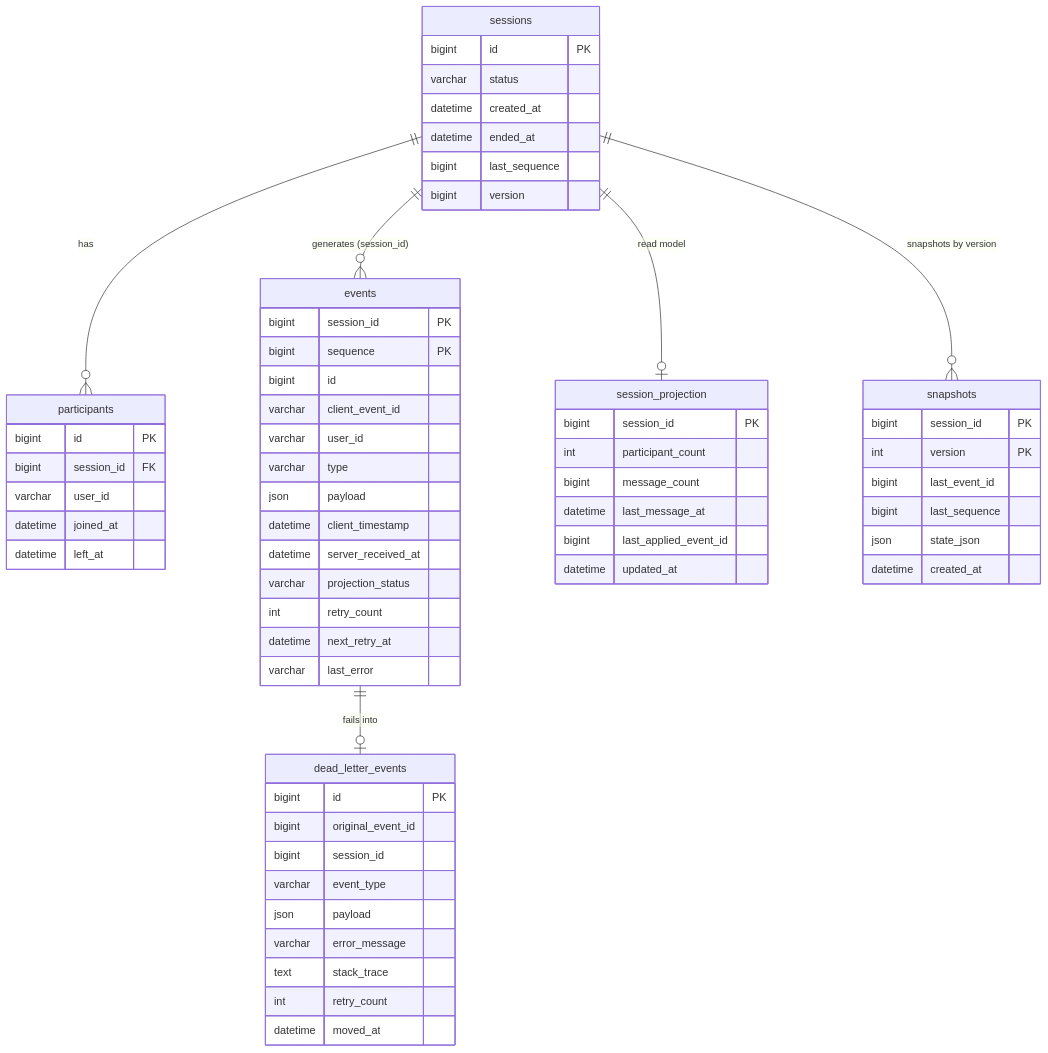
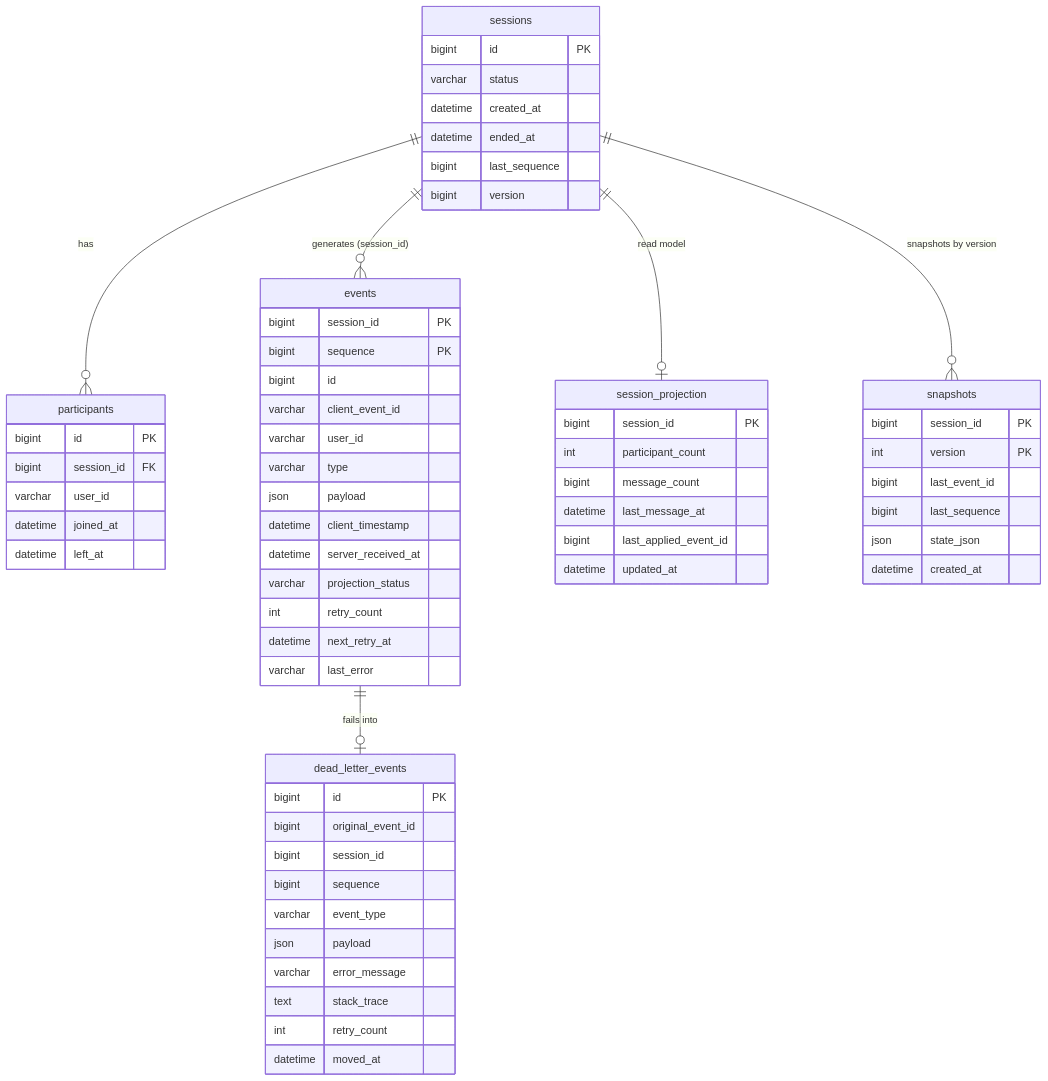
One commit to yhyuk/chat-eventstore changed the diagram in docs/03-db-schema.md. Above: the diagram before and after it, drawn with Mermaid. The commit also changed other lines of this file and 10 other files, not shown here.

````diff
--- a/docs/03-db-schema.md
+++ b/docs/03-db-schema.md
@@ -33,66 +33,67 @@
 ```mermaid
 erDiagram
     sessions ||--o{ participants : has
     sessions ||--o{ events : "generates (session_id)"
     sessions ||--o| session_projection : "read model"
     sessions ||--o{ snapshots : "snapshots by version"
     events ||--o| dead_letter_events : "fails into"
 
     sessions {
         bigint id PK
         varchar status
         datetime created_at
         datetime ended_at
         bigint last_sequence
         bigint version
     }
     participants {
         bigint id PK
         bigint session_id FK
         varchar user_id
         datetime joined_at
         datetime left_at
     }
     events {
         bigint session_id PK
         bigint sequence PK
         bigint id
         varchar client_event_id
         varchar user_id
         varchar type
         json payload
         datetime client_timestamp
         datetime server_received_at
         varchar projection_status
         int retry_count
         datetime next_retry_at
         varchar last_error
     }
     snapshots {
         bigint session_id PK
         int version PK
         bigint last_event_id
         bigint last_sequence
         json state_json
         datetime created_at
     }
     session_projection {
         bigint session_id PK
         int participant_count
         bigint message_count
         datetime last_message_at
         bigint last_applied_event_id
         datetime updated_at
     }
     dead_letter_events {
         bigint id PK
         bigint original_event_id
         bigint session_id
+        bigint sequence
         varchar event_type
         json payload
         varchar error_message
         text stack_trace
         int retry_count
         datetime moved_at
     }
 ```
````
